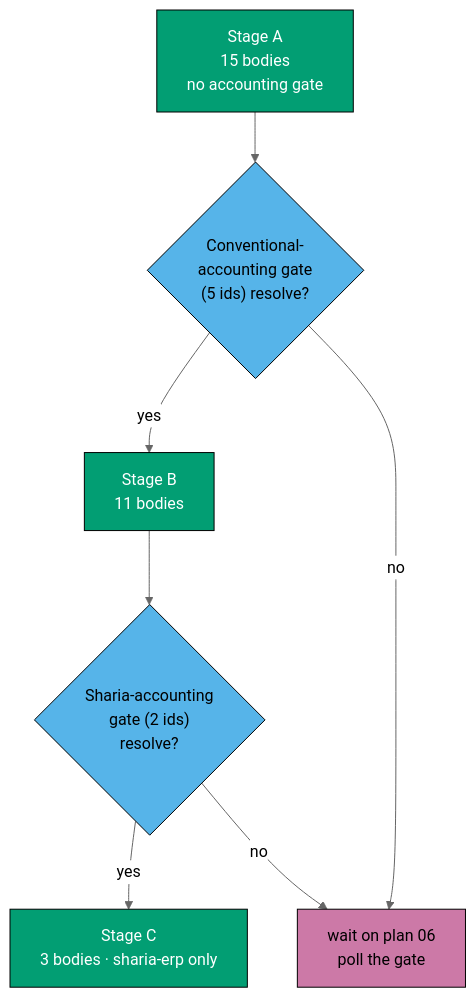
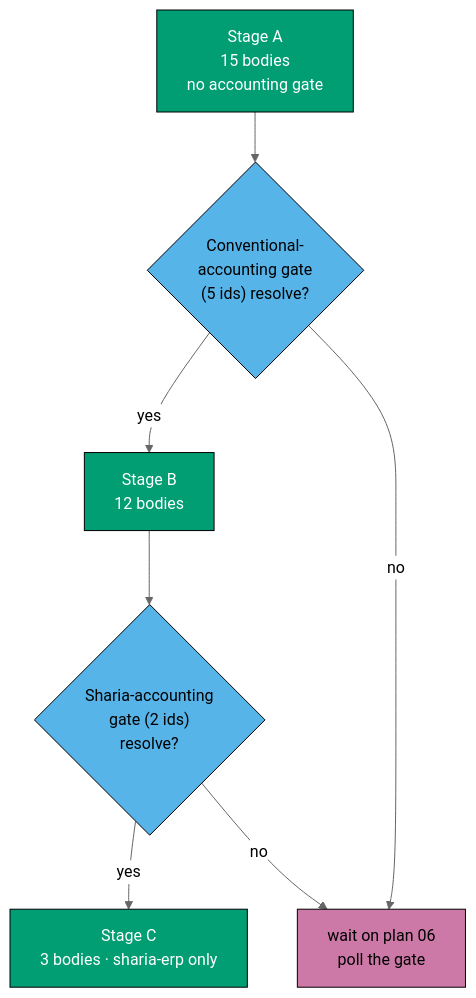
The second of 3 diagrams in plans/backlog/ayokoding-learning-path-07-skills-erp/tech-docs.md (wahidyankf/baseerah), drawn with Mermaid (neutral theme) before and after one commit. The commit also changed other lines of this file and 37 other files, not shown here.

````diff
--- a/plans/backlog/ayokoding-learning-path-07-skills-erp/tech-docs.md
+++ b/plans/backlog/ayokoding-learning-path-07-skills-erp/tech-docs.md
@@ -289,23 +296,23 @@
 ```mermaid
 %% The stage gate as a decision. Each diamond is a mechanical test -d check against an
 %% accounting course bundle on origin/main; the wait branch polls rather than authors around the gap.
 %% Node SHAPE encodes kind: rectangle = authoring work, diamond = gate check.
 flowchart TD
     SA["Stage A<br/>15 bodies<br/>no accounting gate"]:::work
     G1{"Conventional-<br/>accounting gate<br/>(5 ids) resolve?"}:::gate
-    SB["Stage B<br/>11 bodies"]:::work
+    SB["Stage B<br/>12 bodies"]:::work
     G2{"Sharia-accounting<br/>gate (2 ids)<br/>resolve?"}:::gate
     SC["Stage C<br/>3 bodies · sharia-erp only"]:::work
     WAIT["wait on plan 06<br/>poll the gate"]:::wait
 
     SA --> G1
     G1 -->|yes| SB
     G1 -->|no| WAIT
     SB --> G2
     G2 -->|yes| SC
     G2 -->|no| WAIT
 
     classDef work fill:#029E73,stroke:#000000,color:#FFFFFF
     classDef gate fill:#56B4E9,stroke:#000000,color:#000000
     classDef wait fill:#CC79A7,stroke:#000000,color:#000000
 ```
````
